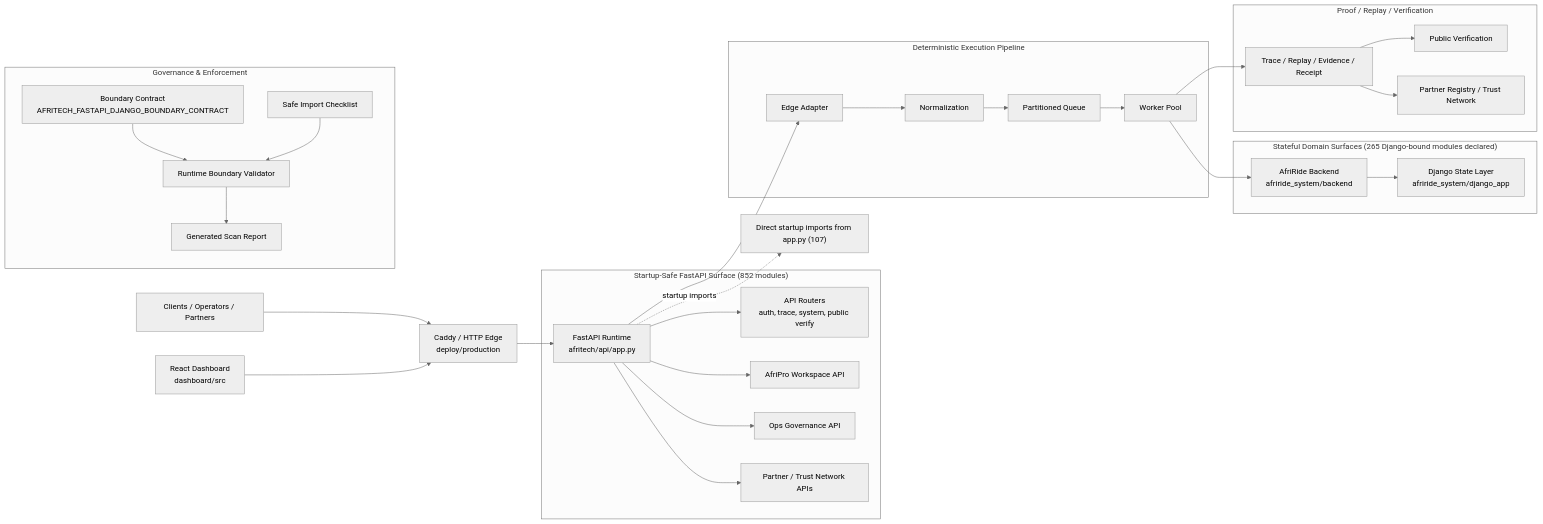
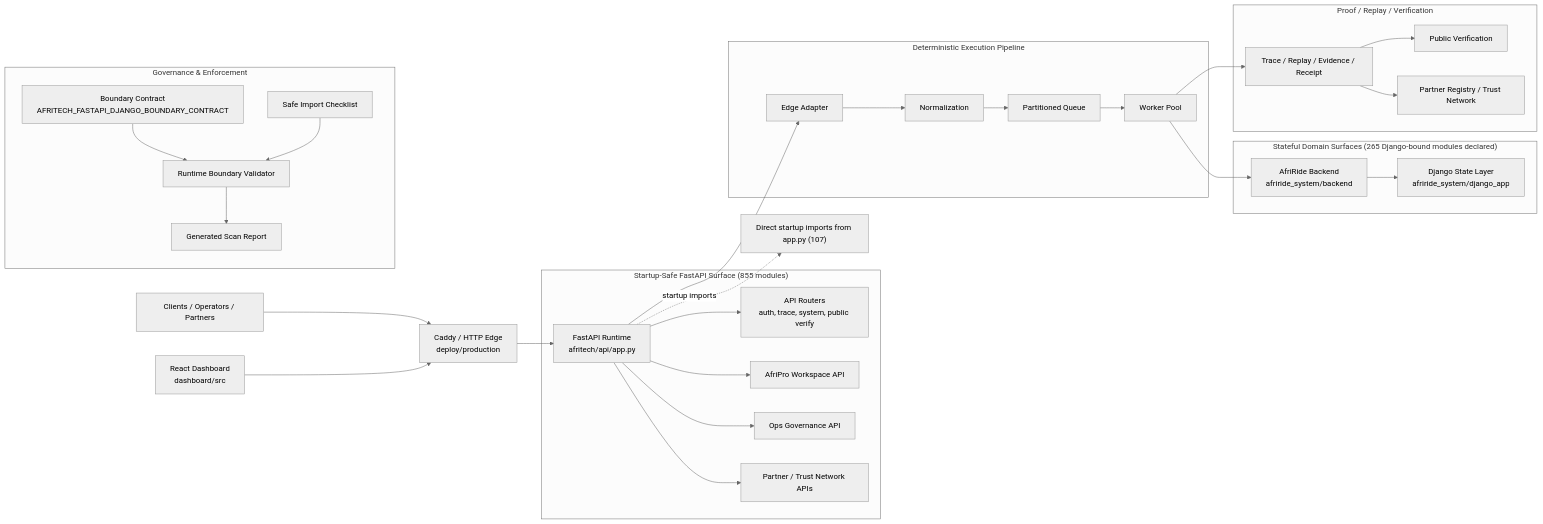
One commit to Strelly2023/afritelematics changed the first of 2 diagrams in docs/architecture/AFRITECH_FULL_ARCHITECTURE_GRAPH.md. Above: the diagram before and after it, drawn with Mermaid (neutral theme). The commit also changed other lines of this file and 10 other files, not shown here.

````diff
--- a/docs/architecture/AFRITECH_FULL_ARCHITECTURE_GRAPH.md
+++ b/docs/architecture/AFRITECH_FULL_ARCHITECTURE_GRAPH.md
@@ -22,39 +22,39 @@
 ```mermaid
 flowchart LR
     Client["Clients / Operators / Partners"] --> Edge["Caddy / HTTP Edge\ndeploy/production"]
     Dashboard["React Dashboard\ndashboard/src"] --> Edge
     Edge --> App["FastAPI Runtime\nafritech/api/app.py"]
 
-    subgraph FastAPI["Startup-Safe FastAPI Surface (852 modules)"]
+    subgraph FastAPI["Startup-Safe FastAPI Surface (855 modules)"]
         App --> Api["API Routers\nauth, trace, system, public verify"]
         App --> Workspace["AfriPro Workspace API"]
         App --> Governance["Ops Governance API"]
         App --> Trust["Partner / Trust Network APIs"]
     end
 
     subgraph Pipeline["Deterministic Execution Pipeline"]
         App --> Adapt["Edge Adapter"]
         Adapt --> Normalize["Normalization"]
         Normalize --> Queue["Partitioned Queue"]
         Queue --> Worker["Worker Pool"]
     end
 
     subgraph State["Stateful Domain Surfaces (265 Django-bound modules declared)"]
         Worker --> Domain["AfriRide Backend\nafriride_system/backend"]
         Domain --> Django["Django State Layer\nafriride_system/django_app"]
     end
 
     subgraph Proof["Proof / Replay / Verification"]
         Worker --> Trace["Trace / Replay / Evidence / Receipt"]
         Trace --> Public["Public Verification"]
         Trace --> Registry["Partner Registry / Trust Network"]
     end
 
     subgraph GovernancePlane["Governance & Enforcement"]
         Contract["Boundary Contract\nAFRITECH_FASTAPI_DJANGO_BOUNDARY_CONTRACT"] --> Validator["Runtime Boundary Validator"]
         Checklist["Safe Import Checklist"] --> Validator
         Validator --> Review["Generated Scan Report"]
     end
 
     App -. startup imports .-> Imports["Direct startup imports from app.py (107)"]
 ```
````
